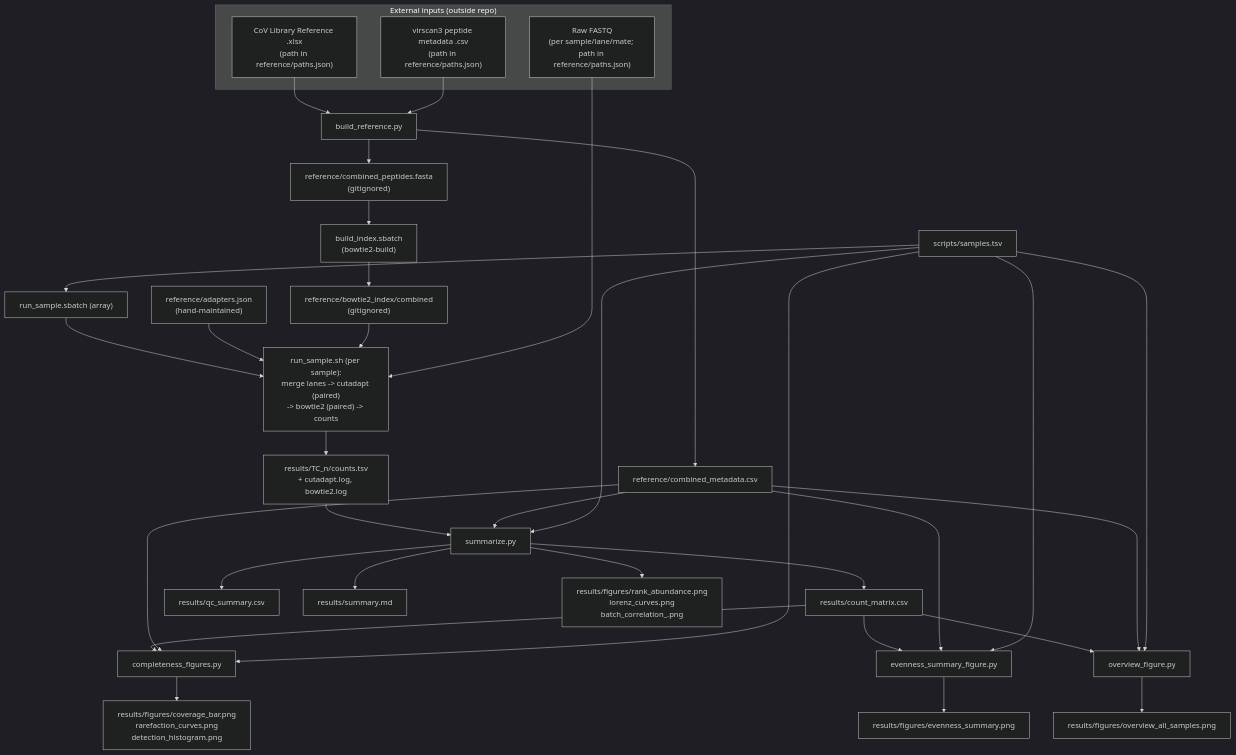
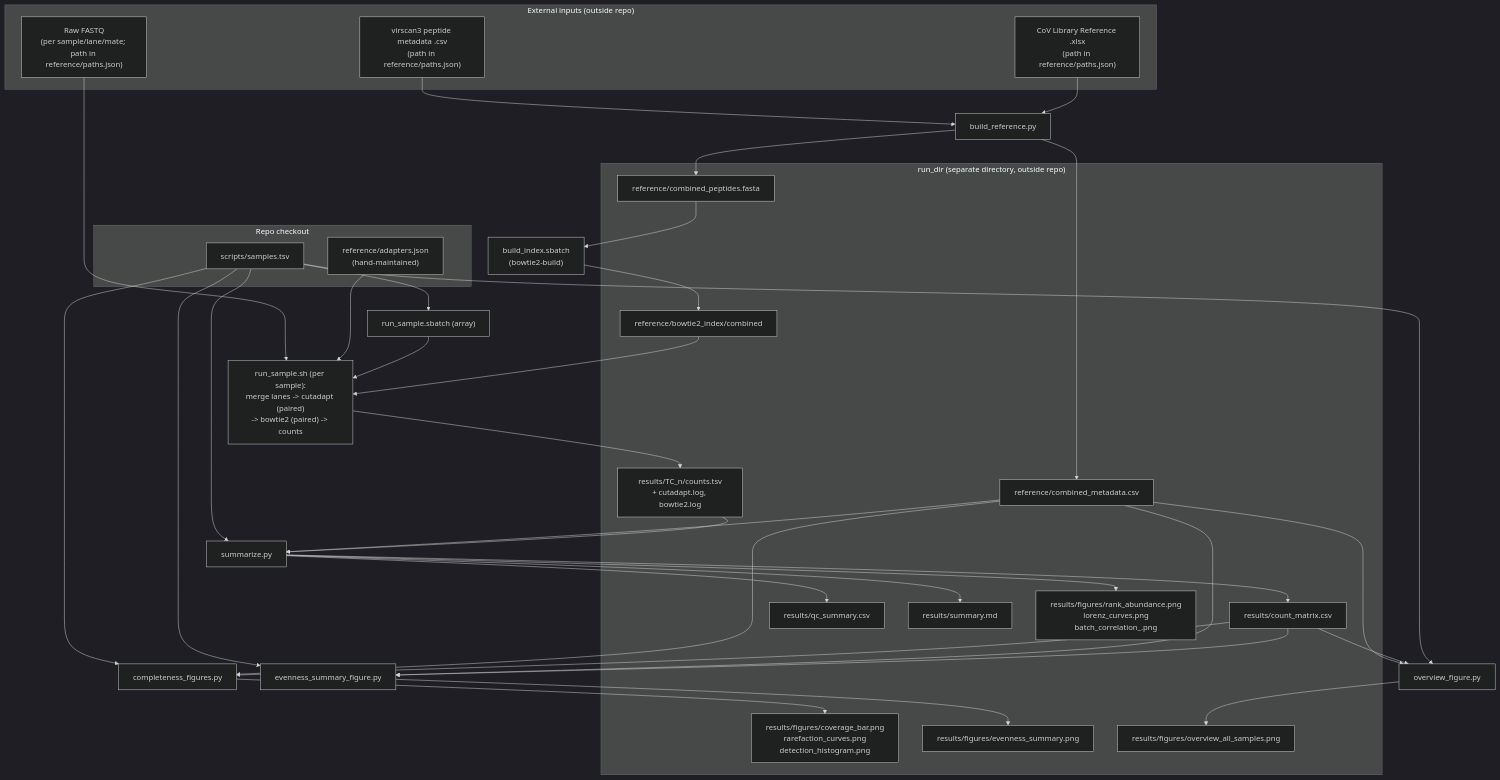
Before and after one commit to dbauerlab/PhIPseq: the diagram in README.md, drawn with Mermaid (dark theme). The commit also changed other lines of this file and 11 other files, not shown here.

````diff
--- a/README.md
+++ b/README.md
@@ -223,48 +263,66 @@
 ```mermaid
 flowchart TD
     subgraph external["External inputs (outside repo)"]
         RAWFASTQ["Raw FASTQ\n(per sample/lane/mate; path in reference/paths.json)"]
         COVXLSX["CoV Library Reference .xlsx\n(path in reference/paths.json)"]
         VIR3CSV["virscan3 peptide metadata .csv\n(path in reference/paths.json)"]
     end
 
+    subgraph repo["Repo checkout"]
+        ADAPTERSJSON["reference/adapters.json\n(hand-maintained)"]
+        SAMPLESTSV["scripts/samples.tsv"]
+    end
+
     COVXLSX --> BR["build_reference.py"]
     VIR3CSV --> BR
-    BR --> FASTA["reference/combined_peptides.fasta\n(gitignored)"]
-    BR --> META["reference/combined_metadata.csv"]
+
+    subgraph rundir["run_dir (separate directory, outside repo)"]
+        FASTA["reference/combined_peptides.fasta"]
+        META["reference/combined_metadata.csv"]
+        INDEX["reference/bowtie2_index/combined"]
+        COUNTS["results/TC_n/counts.tsv\n+ cutadapt.log, bowtie2.log"]
+        MATRIX["results/count_matrix.csv"]
+        QC["results/qc_summary.csv"]
+        SUMMD["results/summary.md"]
+        FIGS1["results/figures/rank_abundance.png\nlorenz_curves.png\nbatch_correlation_<library>.png"]
+        FIGS2["results/figures/coverage_bar.png\nrarefaction_curves.png\ndetection_histogram.png"]
+        FIGS3["results/figures/evenness_summary.png"]
+        FIGS4["results/figures/overview_all_samples.png"]
+    end
+
+    BR --> FASTA
+    BR --> META
 
     FASTA --> BOWTIEBUILD["build_index.sbatch\n(bowtie2-build)"]
-    BOWTIEBUILD --> INDEX["reference/bowtie2_index/combined\n(gitignored)"]
+    BOWTIEBUILD --> INDEX
 
-    ADAPTERSJSON["reference/adapters.json\n(hand-maintained)"]
-
-    SAMPLESTSV["scripts/samples.tsv"] --> RUNALL["run_sample.sbatch (array)"]
+    SAMPLESTSV --> RUNALL["run_sample.sbatch (array)"]
     RUNALL --> RS["run_sample.sh (per sample):\nmerge lanes -> cutadapt (paired)\n-> bowtie2 (paired) -> counts"]
     ADAPTERSJSON --> RS
     INDEX --> RS
     RAWFASTQ --> RS
-    RS --> COUNTS["results/TC_n/counts.tsv\n+ cutadapt.log, bowtie2.log"]
+    RS --> COUNTS
 
     COUNTS --> SUM["summarize.py"]
     META --> SUM
     SAMPLESTSV --> SUM
-    SUM --> MATRIX["results/count_matrix.csv"]
-    SUM --> QC["results/qc_summary.csv"]
-    SUM --> SUMMD["results/summary.md"]
-    SUM --> FIGS1["results/figures/rank_abundance.png\nlorenz_curves.png\nbatch_correlation_<library>.png"]
+    SUM --> MATRIX
+    SUM --> QC
+    SUM --> SUMMD
+    SUM --> FIGS1
 
     MATRIX --> CF["completeness_figures.py"]
     META --> CF
     SAMPLESTSV --> CF
-    CF --> FIGS2["results/figures/coverage_bar.png\nrarefaction_curves.png\ndetection_histogram.png"]
+    CF --> FIGS2
 
     MATRIX --> EF["evenness_summary_figure.py"]
     META --> EF
     SAMPLESTSV --> EF
-    EF --> FIGS3["results/figures/evenness_summary.png"]
+    EF --> FIGS3
 
     MATRIX --> OF["overview_figure.py"]
     META --> OF
     SAMPLESTSV --> OF
-    OF --> FIGS4["results/figures/overview_all_samples.png"]
+    OF --> FIGS4
 ```
````
